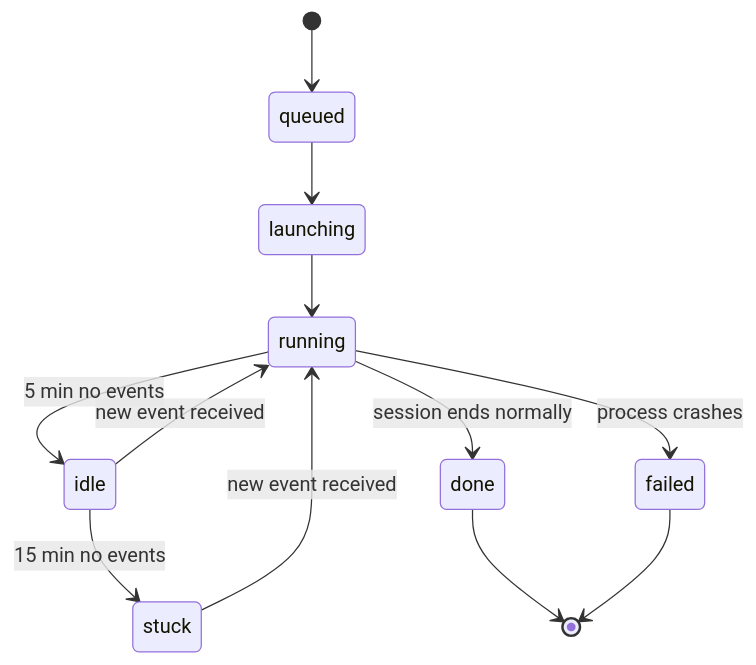
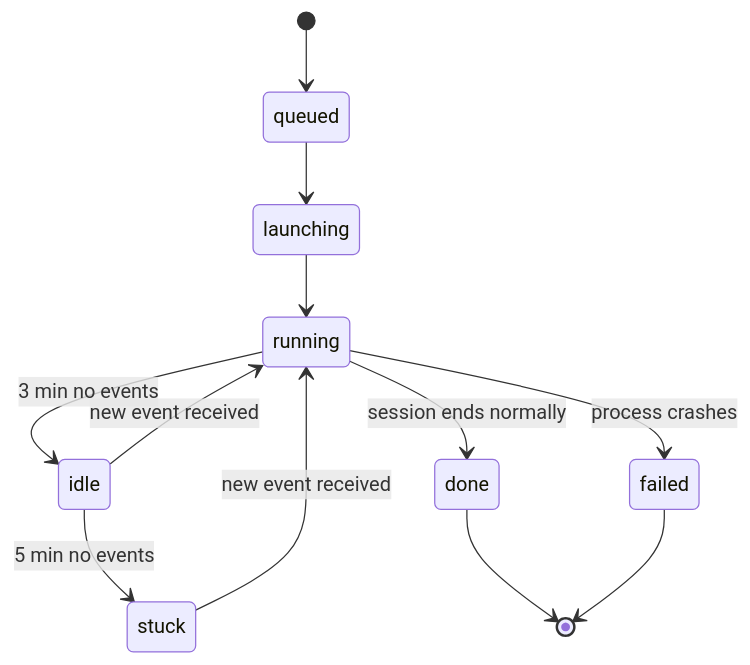
Before and after one commit to itsg-global-agentic/fleet-commander: the diagram in docs/diagrams/lifecycle.mmd, drawn with Mermaid. The commit also changed 17 other files, not shown here.

First line of the commit message:
Issue #129: lower idle threshold to 3min and stuck to 5min (#136)

```diff
--- a/docs/diagrams/lifecycle.mmd
+++ b/docs/diagrams/lifecycle.mmd
@@ -1,12 +1,12 @@
 stateDiagram-v2
   [*] --> queued
   queued --> launching
   launching --> running
-  running --> idle : 5 min no events
+  running --> idle : 3 min no events
   running --> done : session ends normally
   running --> failed : process crashes
   idle --> running : new event received
-  idle --> stuck : 15 min no events
+  idle --> stuck : 5 min no events
   stuck --> running : new event received
   done --> [*]
   failed --> [*]
```
